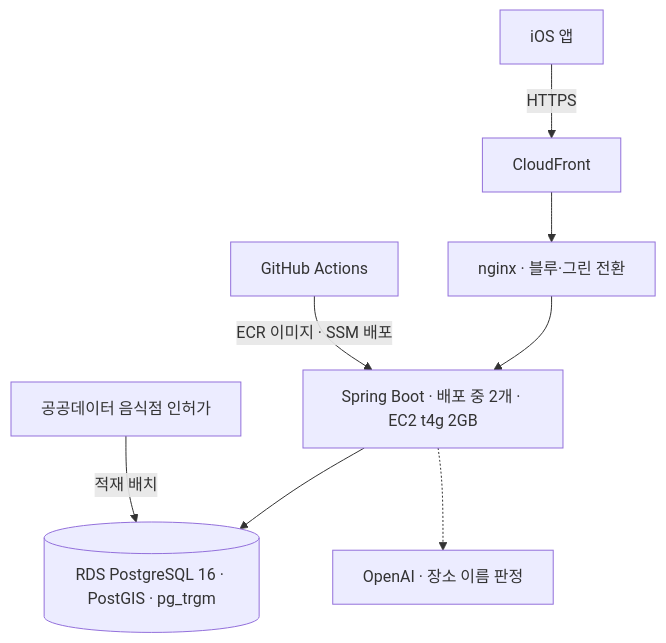
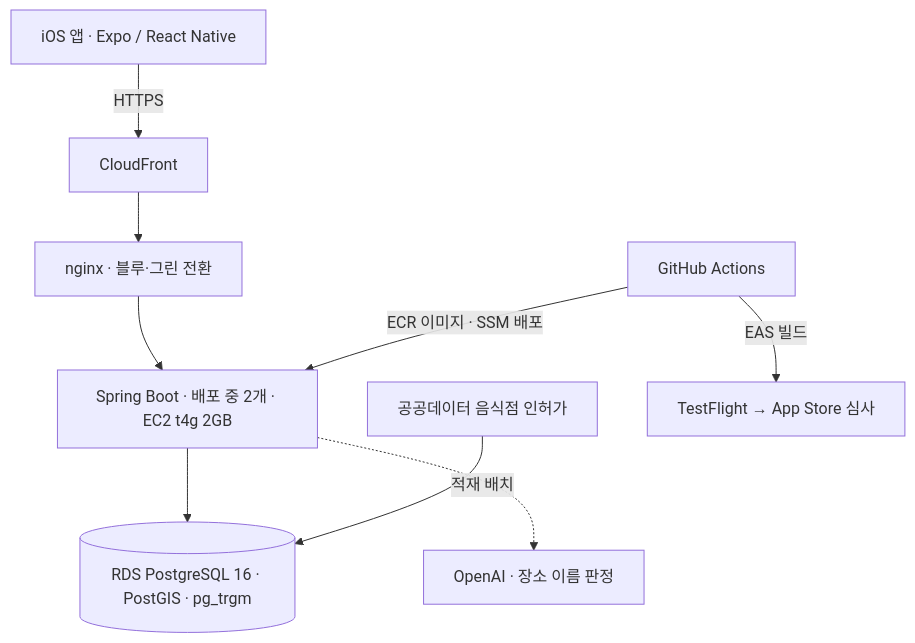
The diagram in README.md (jhkang0516/pindish), drawn with Mermaid before and after one commit. The commit also changed other lines of this file, not shown here.

````diff
--- a/README.md
+++ b/README.md
@@ -24,10 +27,11 @@
 ```mermaid
 flowchart TB
-  App["iOS 앱"] -->|HTTPS| CF[CloudFront]
+  App["iOS 앱 · Expo / React Native"] -->|HTTPS| CF[CloudFront]
   CF --> NG["nginx · 블루·그린 전환"]
   NG --> API["Spring Boot · 배포 중 2개 · EC2 t4g 2GB"]
   API --> DB[("RDS PostgreSQL 16 · PostGIS · pg_trgm")]
   API -.-> LLM["OpenAI · 장소 이름 판정"]
   CSV["공공데이터 음식점 인허가"] -->|적재 배치| DB
   GH["GitHub Actions"] -->|ECR 이미지 · SSM 배포| API
+  GH -->|EAS 빌드| AS["TestFlight → App Store 심사"]
 ```
````
